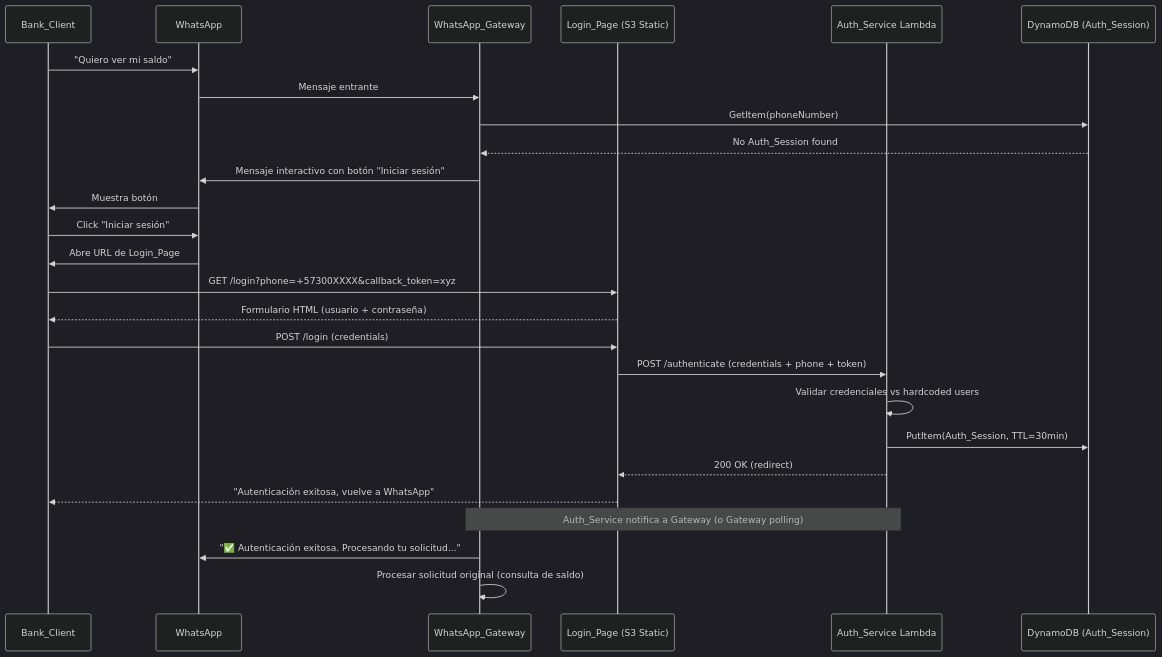
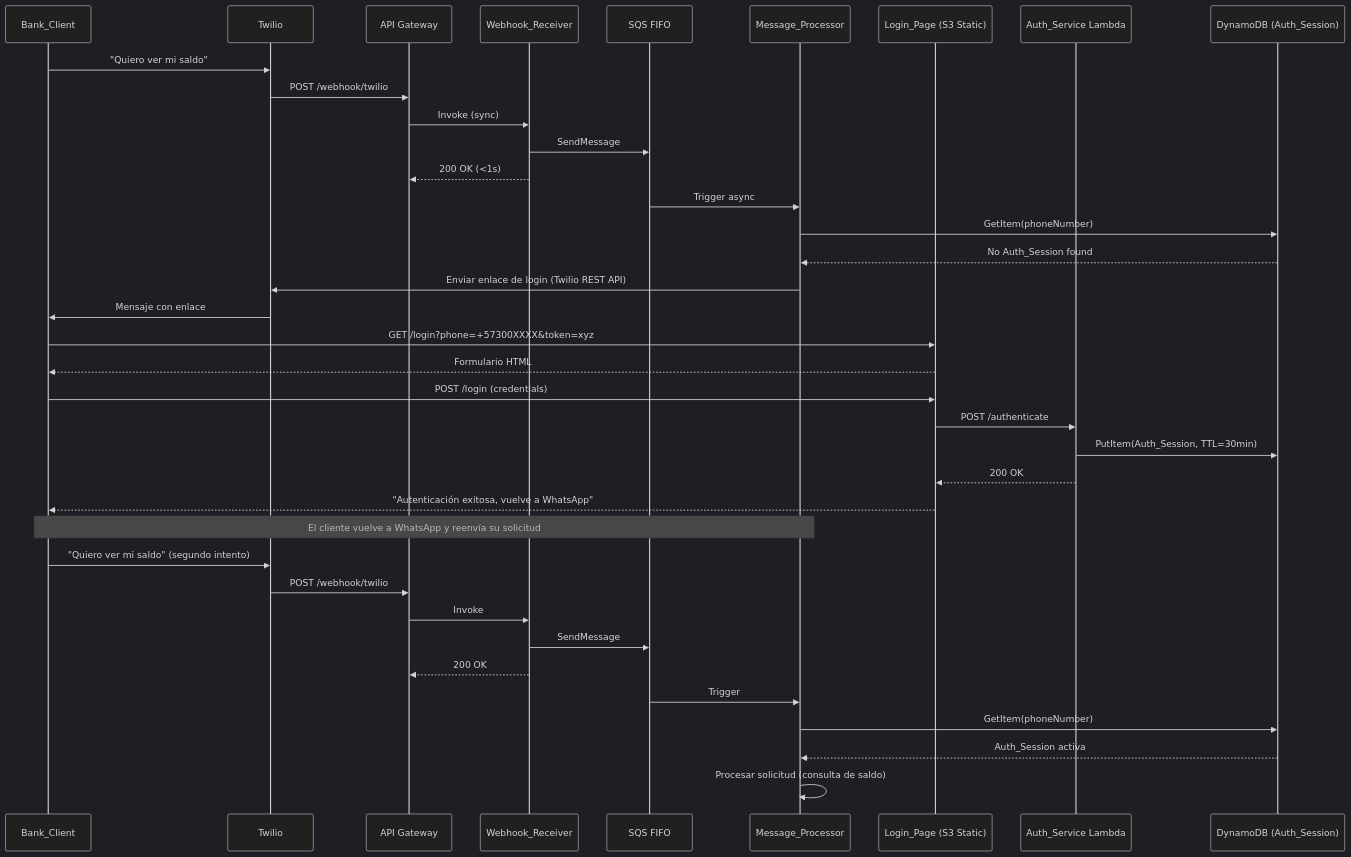
The second of 6 diagrams in .kiro/specs/btg-connect-ai-mvp-lite/design.md (AWS-Builders-League/BTG-ConnectAI), drawn with Mermaid (dark theme) before and after one commit. The commit also changed other lines of this file and 4 other files, not shown here.

Commit message:
Refactor README.md to enhance clarity and structure; update features, usage flow, and security details for BTG ConnectAI MVP Lite.

````diff
--- a/.kiro/specs/btg-connect-ai-mvp-lite/design.md
+++ b/.kiro/specs/btg-connect-ai-mvp-lite/design.md
@@ -89,29 +105,42 @@
 ```mermaid
 sequenceDiagram
     participant BC as Bank_Client
-    participant WA as WhatsApp
-    participant WG as WhatsApp_Gateway
+    participant TW as Twilio
+    participant APIGW as API Gateway
+    participant WHR as Webhook_Receiver
+    participant SQS as SQS FIFO
+    participant MP as Message_Processor
     participant LP as Login_Page (S3 Static)
     participant AS as Auth_Service Lambda
     participant DDB as DynamoDB (Auth_Session)
 
-    BC->>WA: "Quiero ver mi saldo"
-    WA->>WG: Mensaje entrante
-    WG->>DDB: GetItem(phoneNumber)
-    DDB-->>WG: No Auth_Session found
-    WG->>WA: Mensaje interactivo con botón "Iniciar sesión"
-    WA->>BC: Muestra botón
-    BC->>WA: Click "Iniciar sesión"
-    WA->>BC: Abre URL de Login_Page
-    BC->>LP: GET /login?phone=+57300XXXX&callback_token=xyz
-    LP-->>BC: Formulario HTML (usuario + contraseña)
+    BC->>TW: "Quiero ver mi saldo"
+    TW->>APIGW: POST /webhook/twilio
+    APIGW->>WHR: Invoke (sync)
+    WHR->>SQS: SendMessage
+    WHR-->>APIGW: 200 OK (<1s)
+    SQS->>MP: Trigger async
+    MP->>DDB: GetItem(phoneNumber)
+    DDB-->>MP: No Auth_Session found
+    MP->>TW: Enviar enlace de login (Twilio REST API)
+    TW->>BC: Mensaje con enlace
+
+    BC->>LP: GET /login?phone=+57300XXXX&token=xyz
+    LP-->>BC: Formulario HTML
     BC->>LP: POST /login (credentials)
-    LP->>AS: POST /authenticate (credentials + phone + token)
-    AS->>AS: Validar credenciales vs hardcoded users
+    LP->>AS: POST /authenticate
     AS->>DDB: PutItem(Auth_Session, TTL=30min)
-    AS-->>LP: 200 OK (redirect)
+    AS-->>LP: 200 OK
     LP-->>BC: "Autenticación exitosa, vuelve a WhatsApp"
-    Note over AS,WG: Auth_Service notifica a Gateway (o Gateway polling)
-    WG->>WA: "✅ Autenticación exitosa. Procesando tu solicitud..."
-    WG->>WG: Procesar solicitud original (consulta de saldo)
+
+    Note over BC,MP: El cliente vuelve a WhatsApp y reenvía su solicitud
+    BC->>TW: "Quiero ver mi saldo" (segundo intento)
+    TW->>APIGW: POST /webhook/twilio
+    APIGW->>WHR: Invoke
+    WHR->>SQS: SendMessage
+    WHR-->>APIGW: 200 OK
+    SQS->>MP: Trigger
+    MP->>DDB: GetItem(phoneNumber)
+    DDB-->>MP: Auth_Session activa
+    MP->>MP: Procesar solicitud (consulta de saldo)
 ```
````
